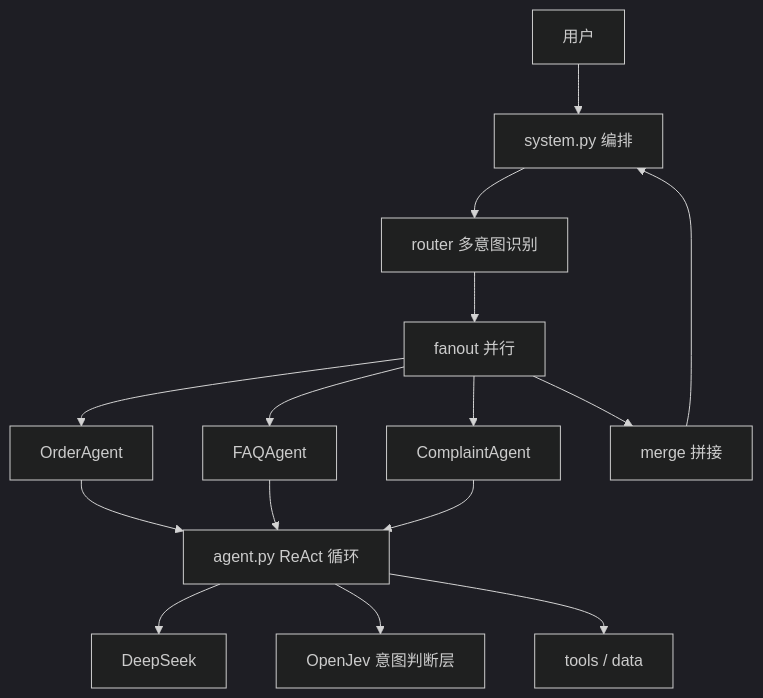
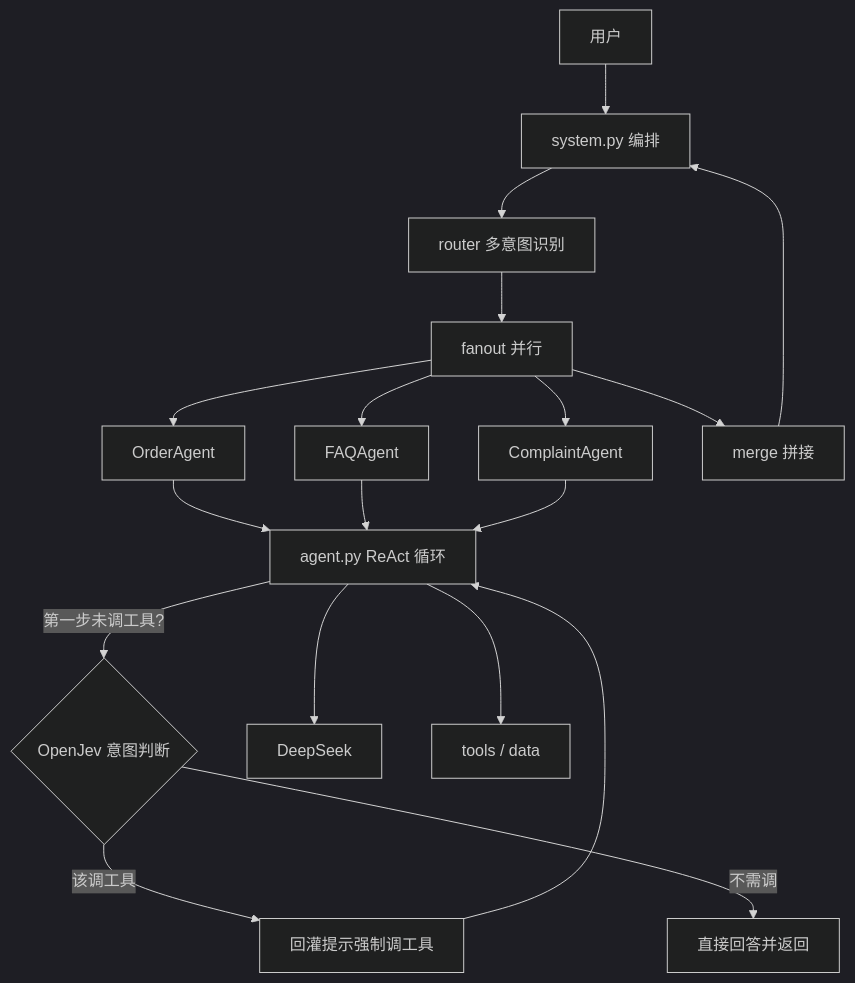
One commit to AercherC/jev-multi-agent-system changed the diagram in README.md. Above: the diagram before and after it, drawn with Mermaid (dark theme). The commit also changed other lines of this file and 2 other files, not shown here.

Commit message:
docs: update eval numbers to real measured results and document OpenJev intent-judgment flow

````diff
--- a/README.md
+++ b/README.md
@@ -56,13 +51,16 @@
 ```mermaid
 graph TD
     U[用户] --> SYS["system.py 编排"]
     SYS --> R["router 多意图识别"]
     R --> F["fanout 并行"]
     F --> OA[OrderAgent] & FA[FAQAgent] & CA[ComplaintAgent]
     OA & FA & CA --> AG["agent.py ReAct 循环"]
+    AG -->|第一步未调工具?| JEV{"OpenJev 意图判断"}
+    JEV -->|该调工具| RETRY["回灌提示强制调工具"]
+    RETRY --> AG
+    JEV -->|不需调| ANS["直接回答并返回"]
     AG --> LLM[DeepSeek]
-    AG --> JEV["OpenJev 意图判断层"]
     AG --> TOOLS[tools / data]
     F --> M["merge 拼接"]
     M --> SYS
 ```
````
